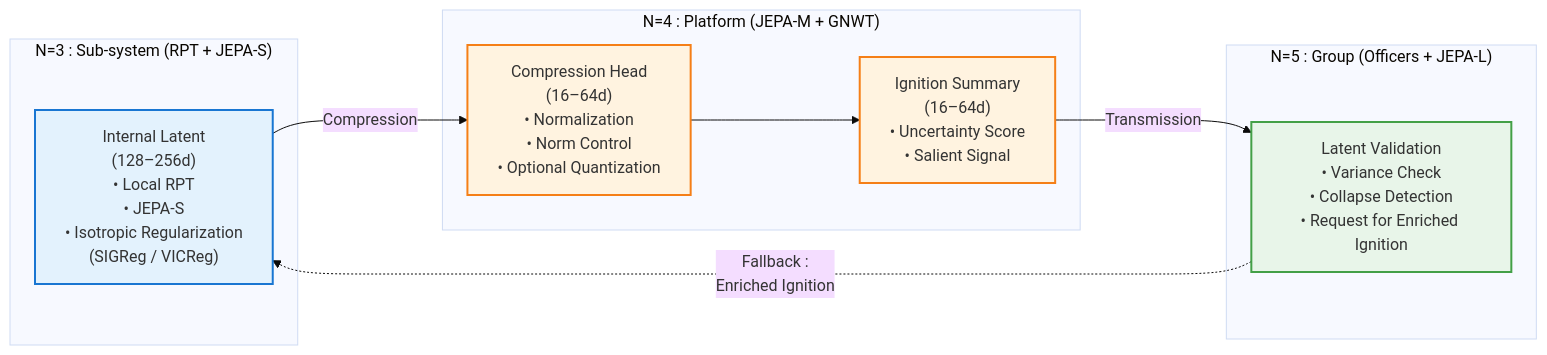
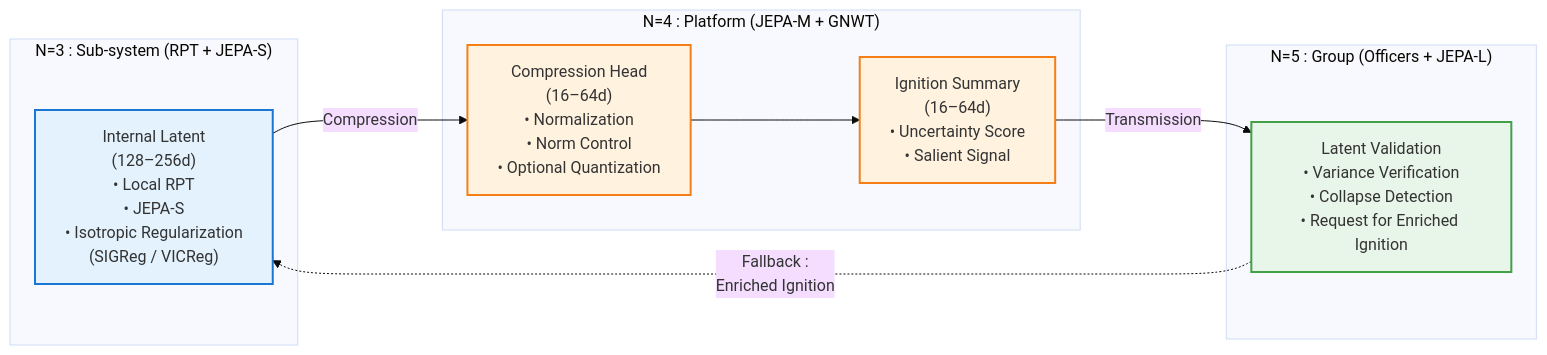
The fifth of 6 diagrams in architecture/architecture.md (AlainCo/GNWT-Garrigue-X-en), drawn with Mermaid (base theme) before and after one commit. The commit also changed other lines of this file and 20 other files, not shown here.

````diff
--- a/architecture/architecture.md
+++ b/architecture/architecture.md
@@ -167,28 +170,28 @@
 ```mermaid
 flowchart LR
     subgraph N3 ["N=3 : Sub-system (RPT + JEPA-S)"]
         L3["Internal Latent\n(128–256d)\n• Local RPT\n• JEPA-S\n• Isotropic Regularization\n(SIGReg / VICReg)"]
     end
 
     subgraph N4 ["N=4 : Platform (JEPA-M + GNWT)"]
         C4["Compression Head\n(16–64d)\n• Normalization\n• Norm Control\n• Optional Quantization"]
         L4["Ignition Summary\n(16–64d)\n• Uncertainty Score\n• Salient Signal"]
     end
 
     subgraph N5 ["N=5 : Group (Officers + JEPA-L)"]
-        V5["Latent Validation\n• Variance Check\n• Collapse Detection\n• Request for Enriched Ignition"]
+        V5["Latent Validation\n• Variance Verification\n• Collapse Detection\n• Request for Enriched Ignition"]
     end
 
     L3 -->|"Compression"| C4 --> L4 -->|"Transmission"| V5
 
     V5 -.->|"Fallback :\nEnriched Ignition"| L3
 
     classDef latent fill:#e3f2fd,stroke:#1976d2,stroke-width:2px
     classDef comp fill:#fff3e0,stroke:#f57f17,stroke-width:2px
     classDef val fill:#e8f5e9,stroke:#43a047,stroke-width:2px
 
     class L3 latent
     class C4 comp
     class L4 comp
     class V5 val
 ```
````
